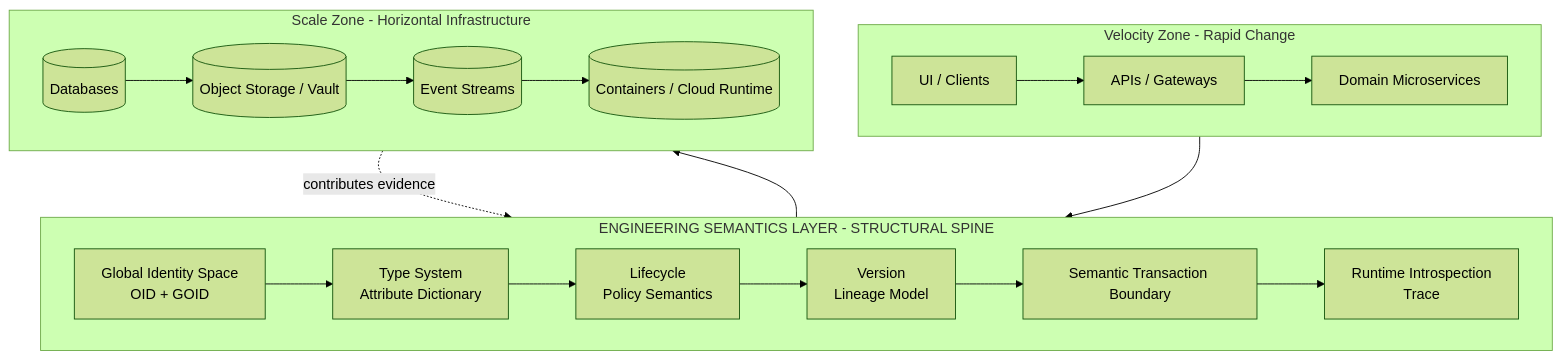
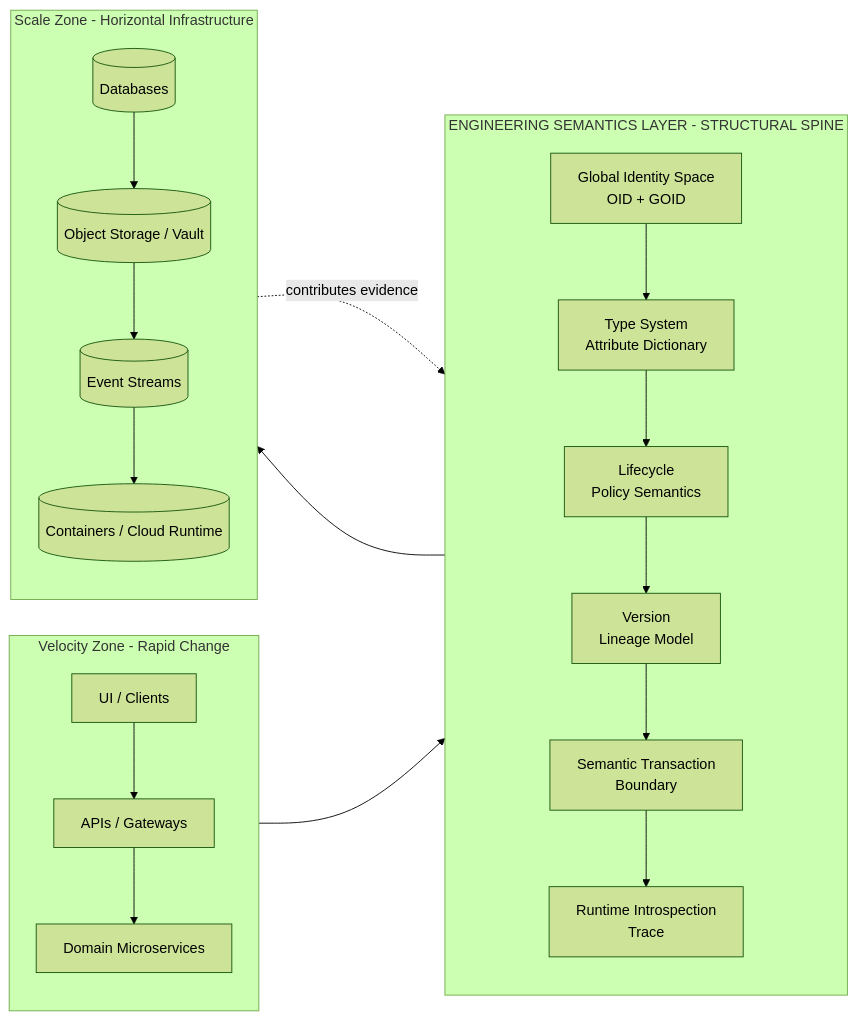
The first of 2 diagrams in docs/matrix_one_philosophy_vs_saa_s_architecture_comparison.md (beiji-ma/matrixone-internals), drawn with Mermaid (forest theme) before and after one commit. The commit also changed other lines of this file, not shown here.

Commit message:
updated mermaid

````diff
--- a/docs/matrix_one_philosophy_vs_saa_s_architecture_comparison.md
+++ b/docs/matrix_one_philosophy_vs_saa_s_architecture_comparison.md
@@ -294,34 +292,42 @@
 ```mermaid
-flowchart TB
+%%{init: {"flowchart": {"nodeSpacing": 40, "rankSpacing": 60}} }%%
+flowchart LR
 
-    %% Clean, stable layout version (GitHub-safe)
-
+    %% Left column: Velocity
     subgraph V[Velocity Zone - Rapid Change]
-        direction LR
-        V1[UI / Clients] --> V2[APIs / Gateways] --> V3[Domain Microservices]
+        direction TB
+        V1[UI / Clients]
+        V2[APIs / Gateways]
+        V3[Domain Microservices]
+        V1 --> V2 --> V3
     end
 
+    %% Middle column: Semantic Spine
     subgraph S[ENGINEERING SEMANTICS LAYER - STRUCTURAL SPINE]
-        direction LR
+        direction TB
         S1[Global Identity Space<br/>OID + GOID]
         S2[Type System<br/>Attribute Dictionary]
         S3[Lifecycle<br/>Policy Semantics]
         S4[Version<br/>Lineage Model]
-        S5[Semantic Transaction Boundary]
+        S5[Semantic Transaction<br/>Boundary]
         S6[Runtime Introspection<br/>Trace]
-
         S1 --> S2 --> S3 --> S4 --> S5 --> S6
     end
 
+    %% Right column: Scale
     subgraph I[Scale Zone - Horizontal Infrastructure]
-        direction LR
-        I1[(Databases)] --> I2[(Object Storage / Vault)] --> I3[(Event Streams)] --> I4[(Containers / Cloud Runtime)]
+        direction TB
+        I1[(Databases)]
+        I2[(Object Storage / Vault)]
+        I3[(Event Streams)]
+        I4[(Containers / Cloud Runtime)]
+        I1 --> I2 --> I3 --> I4
     end
 
-    %% Vertical structural spine
+    %% Structural spine across columns
     V3 --> S1
     S6 --> I1
 
-    %% Events inform lineage
+    %% Events inform lineage (evidence, not truth)
     I3 -. contributes evidence .-> S4
 ```
````
